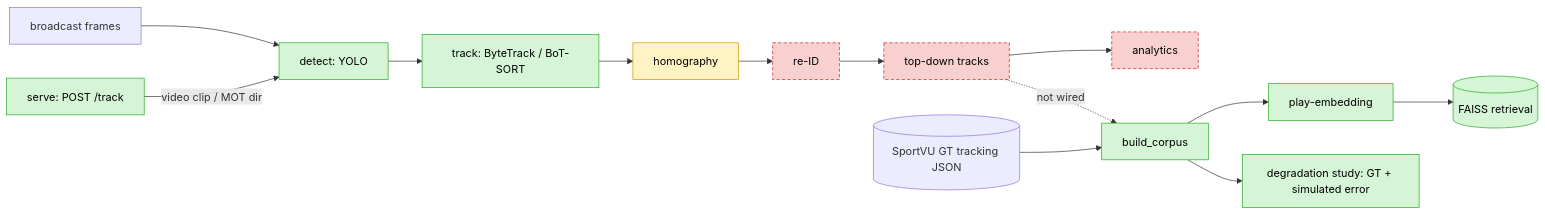
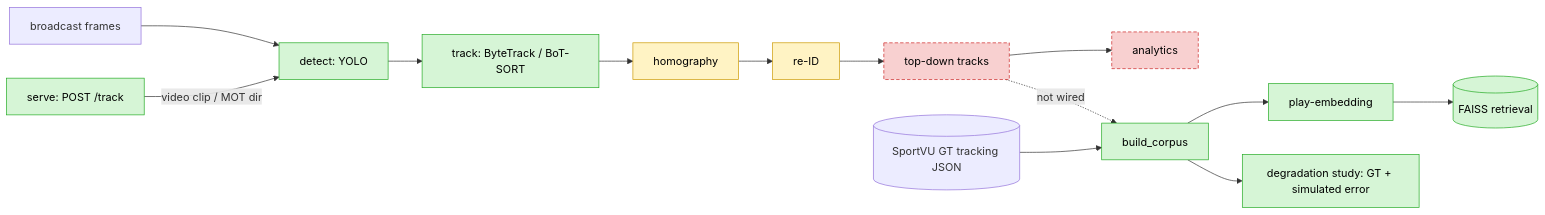
The diagram in README.md (skandula9273/nba-broadcast-tracking), drawn with Mermaid before and after one commit. The commit also changed other lines of this file and 5 other files, not shown here.

````diff
--- a/README.md
+++ b/README.md
@@ -77,17 +82,17 @@
 ```mermaid
 flowchart LR
     V[broadcast frames] --> DET[detect: YOLO] --> TRK[track: ByteTrack / BoT-SORT]
     TRK --> HOM[homography] --> RID[re-ID] --> DOTS[top-down tracks]
     DOTS --> ANA[analytics]
     SV[(SportVU GT tracking JSON)] --> CORP[build_corpus] --> ENC[play-embedding] --> IDX[(FAISS retrieval)]
     CORP --> STUDY[degradation study: GT + simulated error]
     DOTS -. not wired .-> CORP
     SRV[serve: POST /track] -->|video clip / MOT dir| DET
 
     class DET,TRK,CORP,ENC,IDX,STUDY,SRV run
-    class HOM partial
-    class RID,ANA,DOTS stub
+    class HOM,RID partial
+    class ANA,DOTS stub
     classDef run fill:#d6f5d6,stroke:#2a2,color:#000
     classDef partial fill:#fff3c4,stroke:#c90,color:#000
     classDef stub fill:#f8d0d0,stroke:#c22,color:#000,stroke-dasharray:5 3
 ```
````
